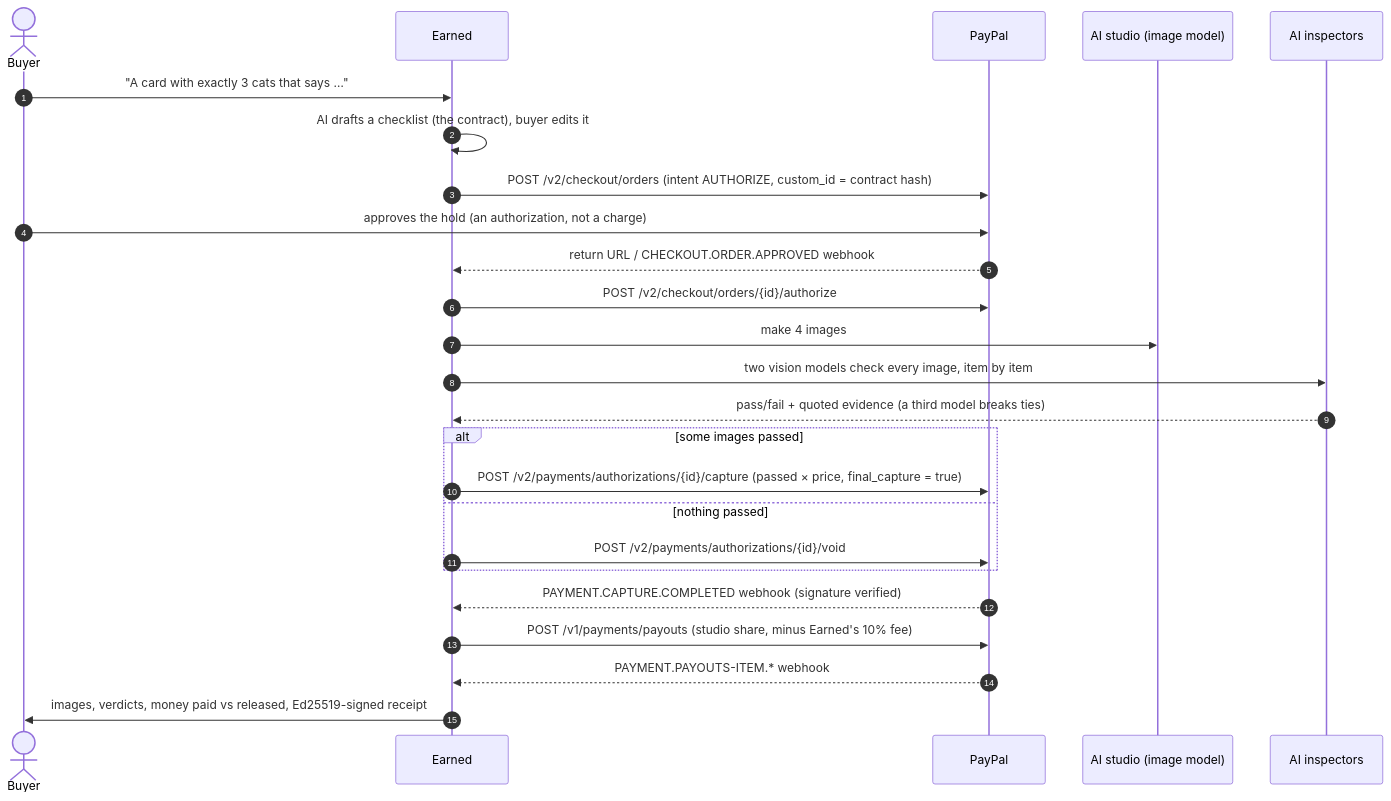
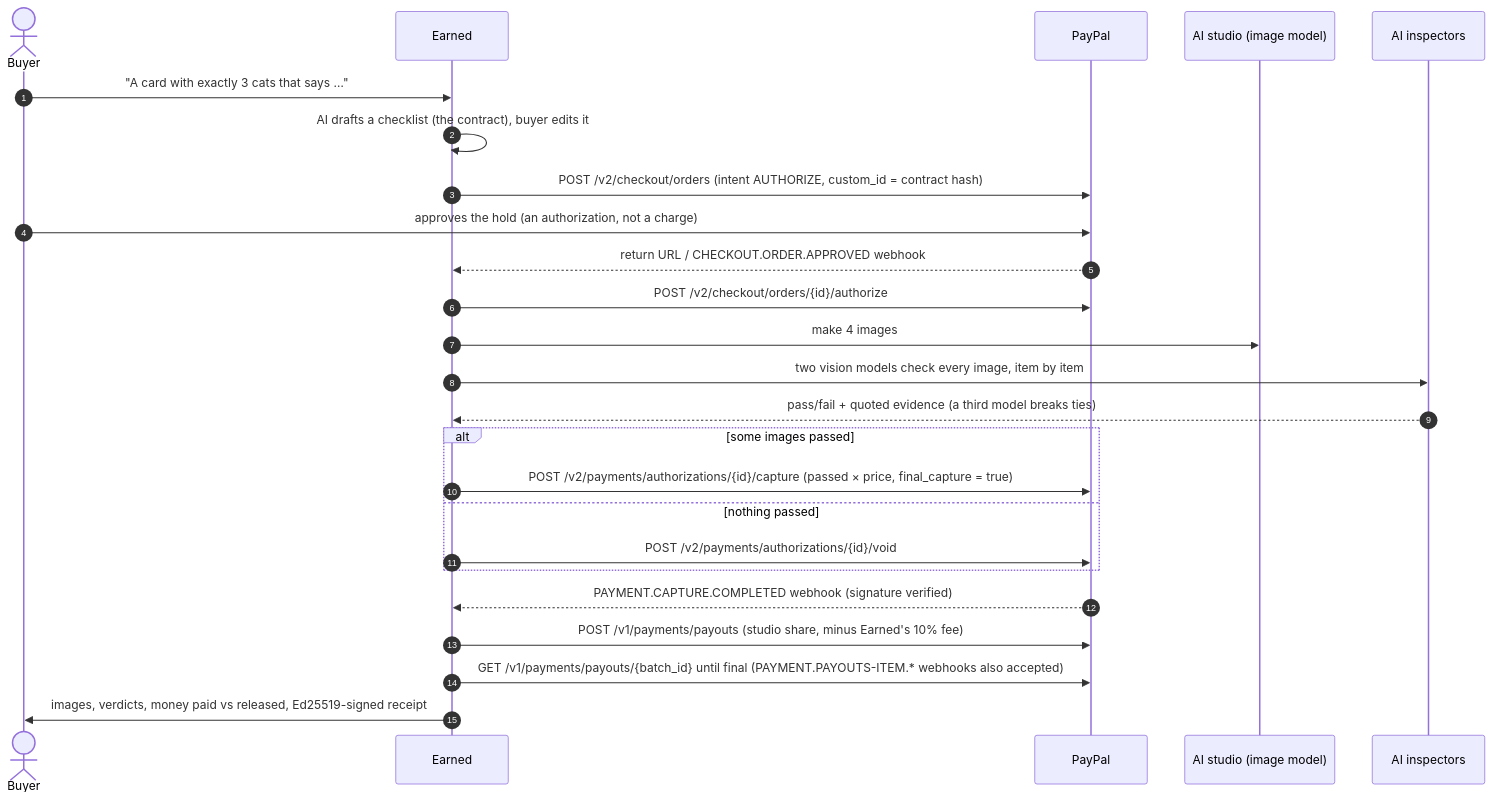
Before and after one commit to rp10000/earned: the diagram in README.md, drawn with Mermaid.

Commit message:
README: payouts are polled until final, webhooks also accepted

````diff
--- a/README.md
+++ b/README.md
@@ -46,27 +46,27 @@
 ```mermaid
 sequenceDiagram
     autonumber
     actor Buyer
     participant Earned
     participant PayPal
     participant Studio as AI studio (image model)
     participant Judges as AI inspectors
     Buyer->>Earned: "A card with exactly 3 cats that says …"
     Earned->>Earned: AI drafts a checklist (the contract), buyer edits it
     Earned->>PayPal: POST /v2/checkout/orders (intent AUTHORIZE, custom_id = contract hash)
     Buyer->>PayPal: approves the hold (an authorization, not a charge)
     PayPal-->>Earned: return URL / CHECKOUT.ORDER.APPROVED webhook
     Earned->>PayPal: POST /v2/checkout/orders/{id}/authorize
     Earned->>Studio: make 4 images
     Earned->>Judges: two vision models check every image, item by item
     Judges-->>Earned: pass/fail + quoted evidence (a third model breaks ties)
     alt some images passed
         Earned->>PayPal: POST /v2/payments/authorizations/{id}/capture (passed × price, final_capture = true)
     else nothing passed
         Earned->>PayPal: POST /v2/payments/authorizations/{id}/void
     end
     PayPal-->>Earned: PAYMENT.CAPTURE.COMPLETED webhook (signature verified)
     Earned->>PayPal: POST /v1/payments/payouts (studio share, minus Earned's 10% fee)
-    PayPal-->>Earned: PAYMENT.PAYOUTS-ITEM.* webhook
+    Earned->>PayPal: GET /v1/payments/payouts/{batch_id} until final (PAYMENT.PAYOUTS-ITEM.* webhooks also accepted)
     Earned->>Buyer: images, verdicts, money paid vs released, Ed25519-signed receipt
 ```
````
